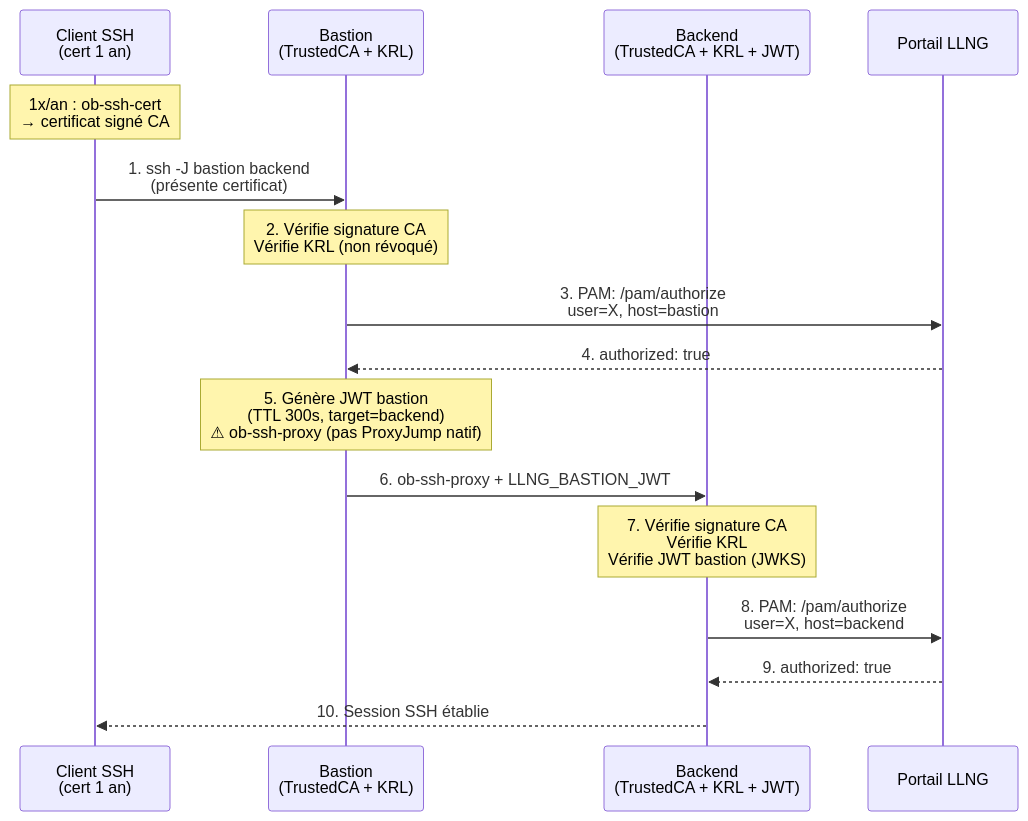
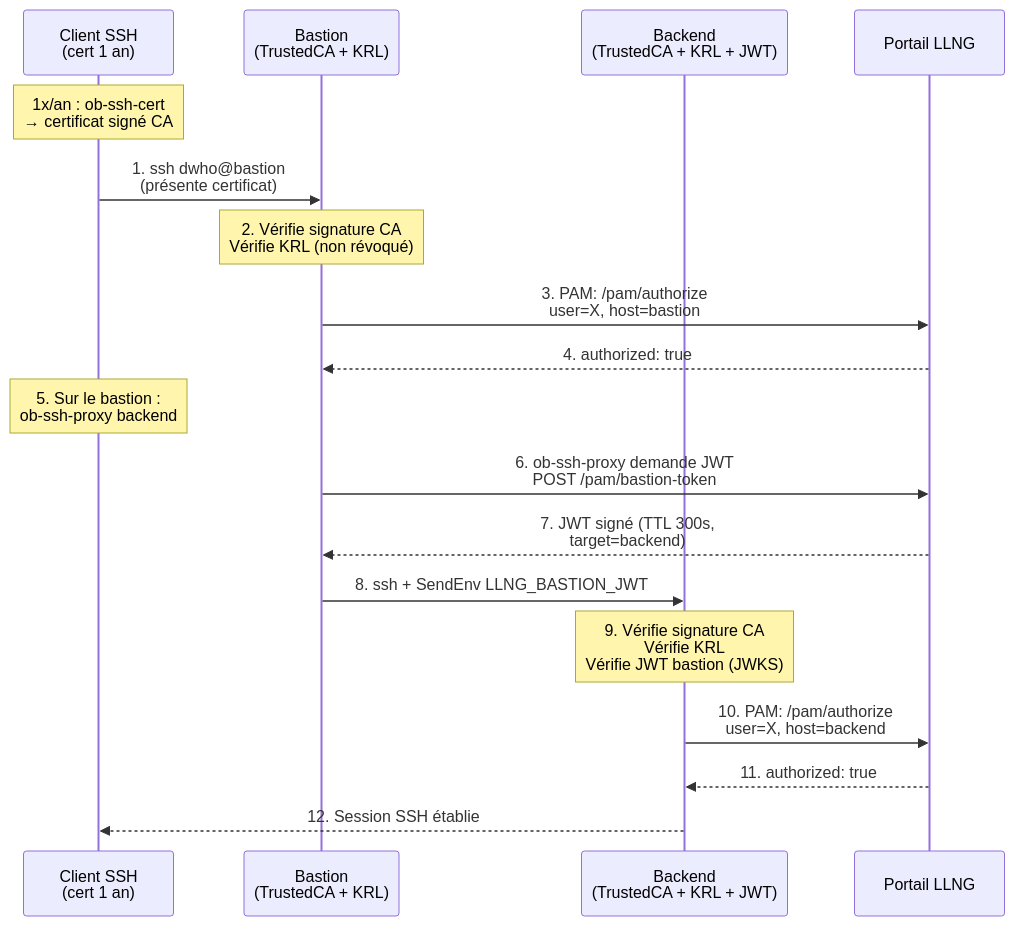
One commit to linagora/open-bastion changed the second of 5 diagrams in doc/security/02-ssh-connection.md. Above: the diagram before and after it, drawn with Mermaid. The commit also changed other lines of this file and 1 other file, not shown here.

First line of the commit message:
Fix ProxyJump references: use ob-ssh-proxy in Mode E

````diff
--- a/doc/security/02-ssh-connection.md
+++ b/doc/security/02-ssh-connection.md
@@ -69,20 +69,22 @@
 ```mermaid
 sequenceDiagram
     participant Client as Client SSH<br/>(cert 1 an)
     participant Bastion as Bastion<br/>(TrustedCA + KRL)
     participant Backend as Backend<br/>(TrustedCA + KRL + JWT)
     participant LLNG as Portail LLNG
 
     Note over Client: 1x/an : ob-ssh-cert<br/>→ certificat signé CA
 
-    Client->>Bastion: 1. ssh -J bastion backend<br/>(présente certificat)
+    Client->>Bastion: 1. ssh dwho@bastion<br/>(présente certificat)
     Note over Bastion: 2. Vérifie signature CA<br/>Vérifie KRL (non révoqué)
     Bastion->>LLNG: 3. PAM: /pam/authorize<br/>user=X, host=bastion
     LLNG-->>Bastion: 4. authorized: true
-    Note over Bastion: 5. Génère JWT bastion<br/>(TTL 300s, target=backend)<br/>⚠ ob-ssh-proxy (pas ProxyJump natif)
-    Bastion->>Backend: 6. ob-ssh-proxy + LLNG_BASTION_JWT
-    Note over Backend: 7. Vérifie signature CA<br/>Vérifie KRL<br/>Vérifie JWT bastion (JWKS)
-    Backend->>LLNG: 8. PAM: /pam/authorize<br/>user=X, host=backend
-    LLNG-->>Backend: 9. authorized: true
-    Backend-->>Client: 10. Session SSH établie
+    Note over Client: 5. Sur le bastion :<br/>ob-ssh-proxy backend
+    Bastion->>LLNG: 6. ob-ssh-proxy demande JWT<br/>POST /pam/bastion-token
+    LLNG-->>Bastion: 7. JWT signé (TTL 300s,<br/>target=backend)
+    Bastion->>Backend: 8. ssh + SendEnv LLNG_BASTION_JWT
+    Note over Backend: 9. Vérifie signature CA<br/>Vérifie KRL<br/>Vérifie JWT bastion (JWKS)
+    Backend->>LLNG: 10. PAM: /pam/authorize<br/>user=X, host=backend
+    LLNG-->>Backend: 11. authorized: true
+    Backend-->>Client: 12. Session SSH établie
 ```
````
